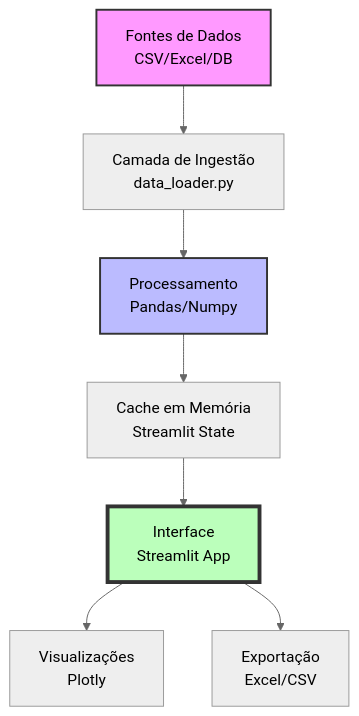
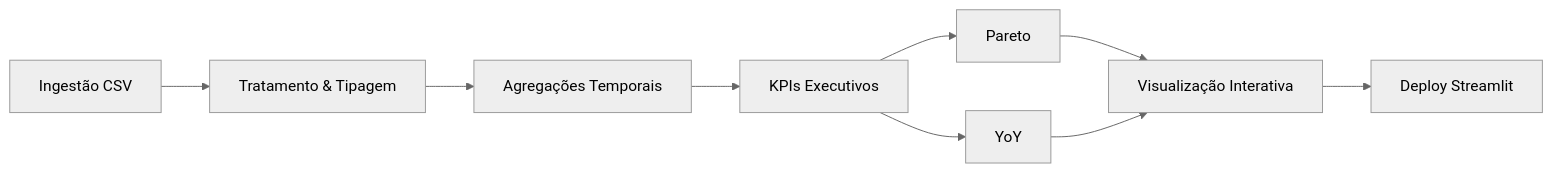
The diagram in README.md (samuelmaiapro/analise-vendas-python), drawn with Mermaid (neutral theme) before and after one commit. The commit also changed other lines of this file and 3 other files, not shown here.

Commit message:
feat: implement executive KPIs, automatic Pareto, YoY analysis and restructure README to business-case format"

````diff
--- a/README.md
+++ b/README.md
@@ -334,13 +101,11 @@
 ```mermaid
-graph TD
-    A[Fontes de Dados<br>CSV/Excel/DB] --> B[Camada de Ingestão<br>data_loader.py]
-    B --> C[Processamento<br>Pandas/Numpy]
-    C --> D[Cache em Memória<br>Streamlit State]
-    D --> E[Interface<br>Streamlit App]
-    E --> F[Visualizações<br>Plotly]
-    E --> G[Exportação<br>Excel/CSV]
-    
-    style A fill:#f9f,stroke:#333,stroke-width:2px
-    style C fill:#bbf,stroke:#333,stroke-width:2px
-    style E fill:#bfb,stroke:#333,stroke-width:4px
+flowchart LR
+    A[Ingestão CSV] --> B[Tratamento & Tipagem]
+    B --> C[Agregações Temporais]
+    C --> D[KPIs Executivos]
+    D --> E[Pareto]
+    D --> F[YoY]
+    E --> G[Visualização Interativa]
+    F --> G
+    G --> H[Deploy Streamlit]
 ```
````
